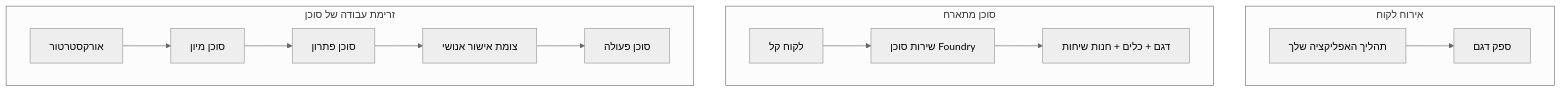
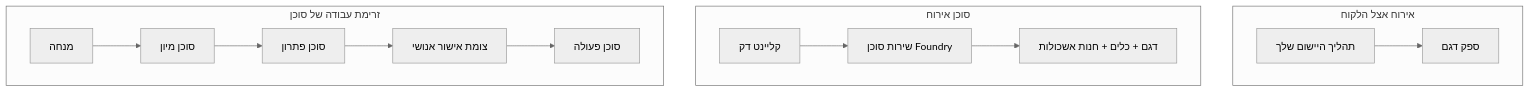
Before and after one commit to gabrielmoreira/agent-skills-mirror: the first of 4 diagrams in mirrors/repos/microsoft@ai-agents-for-beginners/translations/he/16-deploying-scalable-agents/README.md, drawn with Mermaid (neutral theme). The commit also changed other lines of this file and 4262 other files, not shown here.

````diff
--- a/mirrors/repos/microsoft@ai-agents-for-beginners/translations/he/16-deploying-scalable-agents/README.md
+++ b/mirrors/repos/microsoft@ai-agents-for-beginners/translations/he/16-deploying-scalable-agents/README.md
@@ -87,16 +87,16 @@
 ```mermaid
 flowchart TB
-    subgraph P1[אירוח לקוח]
-        A1[תהליך האפליקציה שלך] --> M1[ספק דגם]
+    subgraph P1[אירוח אצל הלקוח]
+        A1[תהליך היישום שלך] --> M1[ספק דגם]
     end
-    subgraph P2[סוכן מתארח]
-        A2[לקוח קל] --> F2[שירות סוכן Foundry]
-        F2 --> M2[דגם + כלים + חנות שיחות]
+    subgraph P2[סוכן אירוח]
+        A2[קליינט דק] --> F2[שירות סוכן Foundry]
+        F2 --> M2[דגם + כלים + חנות אשכולות]
     end
     subgraph P3[זרימת עבודה של סוכן]
-        A3[אורקסטרטור] --> S1[סוכן מיון]
+        A3[מנחה] --> S1[סוכן מיון]
         S1 --> S2[סוכן פתרון]
         S2 --> H[צומת אישור אנושי]
         H --> S3[סוכן פעולה]
     end
 ```
````
